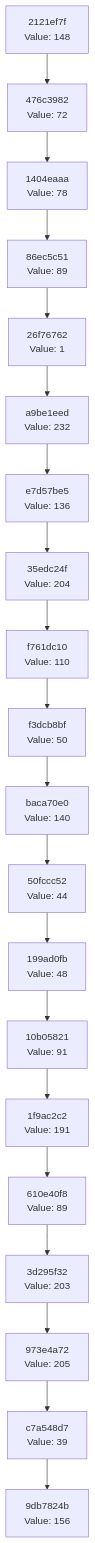
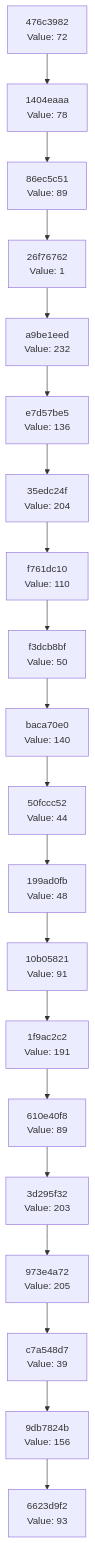
Before and after one commit to Abhisheksinha1506/hash-chain-evolver: the diagram in docs/CHAIN_VISUALIZATION.md, drawn with Mermaid. The commit also changed 2 other files, not shown here.

Commit message:
Evolution Step

````diff
--- a/docs/CHAIN_VISUALIZATION.md
+++ b/docs/CHAIN_VISUALIZATION.md
@@ -3,42 +3,42 @@
 ```mermaid
 graph TD
-    C0["9db7824b<br/>Value: 156"]
-    C1["c7a548d7<br/>Value: 39"]
+    C0["6623d9f2<br/>Value: 93"]
+    C1["9db7824b<br/>Value: 156"]
     C1 --> C0
-    C2["973e4a72<br/>Value: 205"]
+    C2["c7a548d7<br/>Value: 39"]
     C2 --> C1
-    C3["3d295f32<br/>Value: 203"]
+    C3["973e4a72<br/>Value: 205"]
     C3 --> C2
-    C4["610e40f8<br/>Value: 89"]
+    C4["3d295f32<br/>Value: 203"]
     C4 --> C3
-    C5["1f9ac2c2<br/>Value: 191"]
+    C5["610e40f8<br/>Value: 89"]
     C5 --> C4
-    C6["10b05821<br/>Value: 91"]
+    C6["1f9ac2c2<br/>Value: 191"]
     C6 --> C5
-    C7["199ad0fb<br/>Value: 48"]
+    C7["10b05821<br/>Value: 91"]
     C7 --> C6
-    C8["50fccc52<br/>Value: 44"]
+    C8["199ad0fb<br/>Value: 48"]
     C8 --> C7
-    C9["baca70e0<br/>Value: 140"]
+    C9["50fccc52<br/>Value: 44"]
     C9 --> C8
-    C10["f3dcb8bf<br/>Value: 50"]
+    C10["baca70e0<br/>Value: 140"]
     C10 --> C9
-    C11["f761dc10<br/>Value: 110"]
+    C11["f3dcb8bf<br/>Value: 50"]
     C11 --> C10
-    C12["35edc24f<br/>Value: 204"]
+    C12["f761dc10<br/>Value: 110"]
     C12 --> C11
-    C13["e7d57be5<br/>Value: 136"]
+    C13["35edc24f<br/>Value: 204"]
     C13 --> C12
-    C14["a9be1eed<br/>Value: 232"]
+    C14["e7d57be5<br/>Value: 136"]
     C14 --> C13
-    C15["26f76762<br/>Value: 1"]
+    C15["a9be1eed<br/>Value: 232"]
     C15 --> C14
-    C16["86ec5c51<br/>Value: 89"]
+    C16["26f76762<br/>Value: 1"]
     C16 --> C15
-    C17["1404eaaa<br/>Value: 78"]
+    C17["86ec5c51<br/>Value: 89"]
     C17 --> C16
-    C18["476c3982<br/>Value: 72"]
+    C18["1404eaaa<br/>Value: 78"]
     C18 --> C17
-    C19["2121ef7f<br/>Value: 148"]
+    C19["476c3982<br/>Value: 72"]
     C19 --> C18
 ```
````
